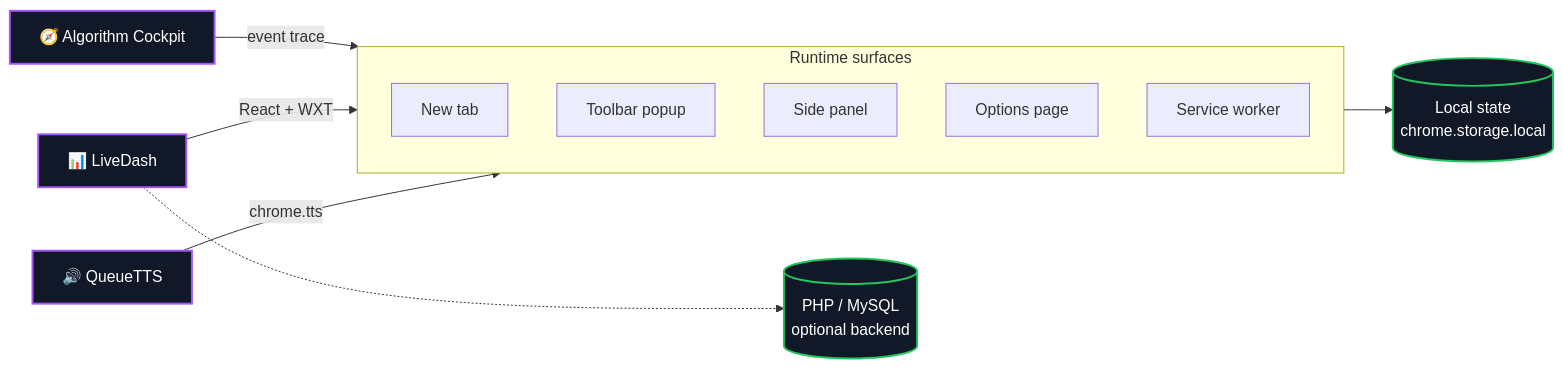
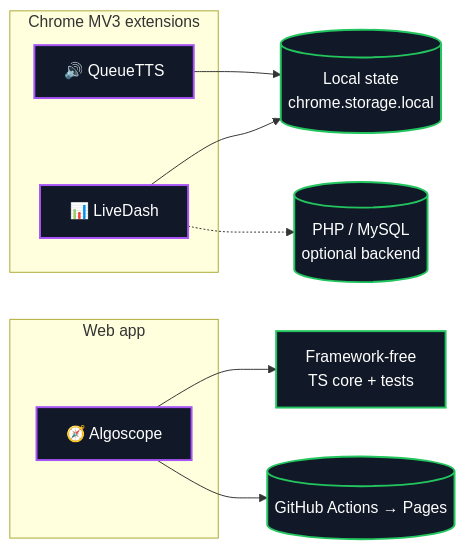
The diagram in README.md (Mahan-Imanian/Mahan-Imanian), drawn with Mermaid before and after one commit. The commit also changed other lines of this file, not shown here.

Commit message:
docs: rename algorithm cockpit to algoscope

````diff
--- a/README.md
+++ b/README.md
@@ -122,25 +124,23 @@
 ```mermaid
 flowchart LR
-  subgraph Surfaces["Runtime surfaces"]
-    direction TB
-    NewTab["New tab"]
-    Popup["Toolbar popup"]
-    Panel["Side panel"]
-    Options["Options page"]
-    Worker["Service worker"]
+  subgraph Ext["Chrome MV3 extensions"]
+    LiveDash["📊 LiveDash"]
+    QueueTTS["🔊 QueueTTS"]
+  end
+  subgraph Web["Web app"]
+    Algoscope["🧭 Algoscope"]
   end
 
-  Surfaces --> Store[("Local state<br/>chrome.storage.local")]
+  LiveDash --> Store[("Local state<br/>chrome.storage.local")]
+  QueueTTS --> Store
+  LiveDash -.-> Backend[("PHP / MySQL<br/>optional backend")]
 
-  Cockpit["🧭 Algorithm Cockpit"] -->|event trace| Surfaces
-  LiveDash["📊 LiveDash"] -->|React + WXT| Surfaces
-  QueueTTS["🔊 QueueTTS"] -->|chrome.tts| Surfaces
-
-  LiveDash -.-> Backend[("PHP / MySQL<br/>optional backend")]
+  Algoscope --> Core["Framework-free<br/>TS core + tests"]
+  Algoscope --> Deploy[("GitHub Actions → Pages")]
 
   classDef proj fill:#111827,stroke:#a855f7,color:#fff,stroke-width:2px;
   classDef store fill:#111827,stroke:#22c55e,color:#fff,stroke-width:2px;
 
-  class Cockpit,LiveDash,QueueTTS proj;
-  class Store,Backend store;
+  class LiveDash,QueueTTS,Algoscope proj;
+  class Store,Backend,Core,Deploy store;
 ```
````
